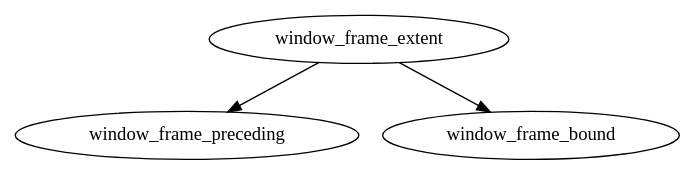
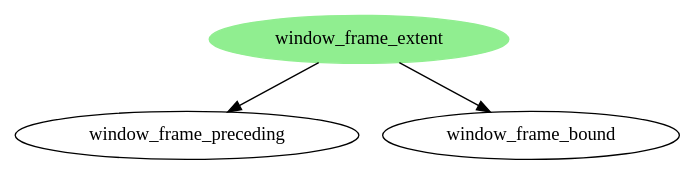
One commit to Crary-Systems/tree-sitter-tsql changed the diagram in docs/roadmap/grammar/window_frame_extent.dot. Above: the diagram before and after it, drawn with Graphviz. The commit also changed 9 other files, not shown here.

Commit message:
Complete out ranking_windowed_function roadmap

```diff
--- a/docs/roadmap/grammar/window_frame_extent.dot
+++ b/docs/roadmap/grammar/window_frame_extent.dot
@@ -1,6 +1,9 @@
 digraph {
   window_frame_extent
+    [style=filled
+    ,color=lightgreen
+    ,URL="https://github.com/Crary-Systems/tree-sitter-tsql/blob/main/test/corpus/window_frame_extent.txt"]
 
   window_frame_extent -> window_frame_preceding
   window_frame_extent -> window_frame_bound
 }
```
